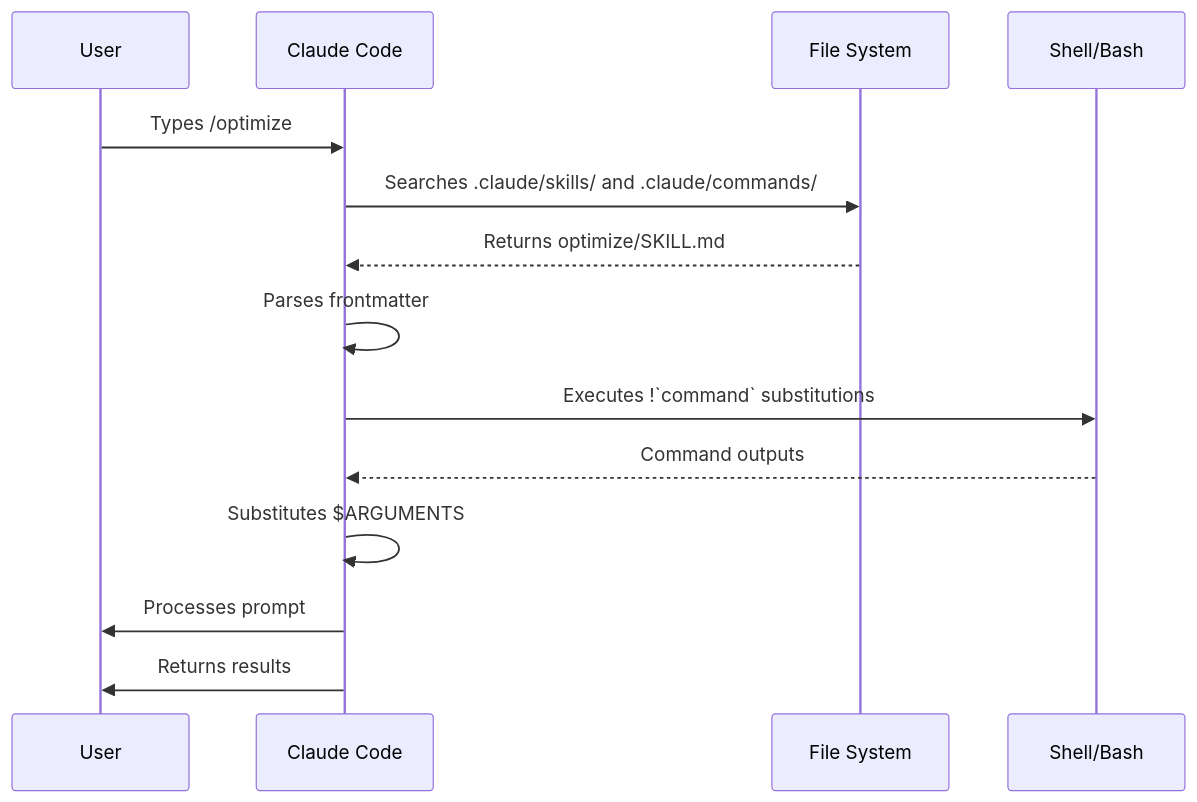
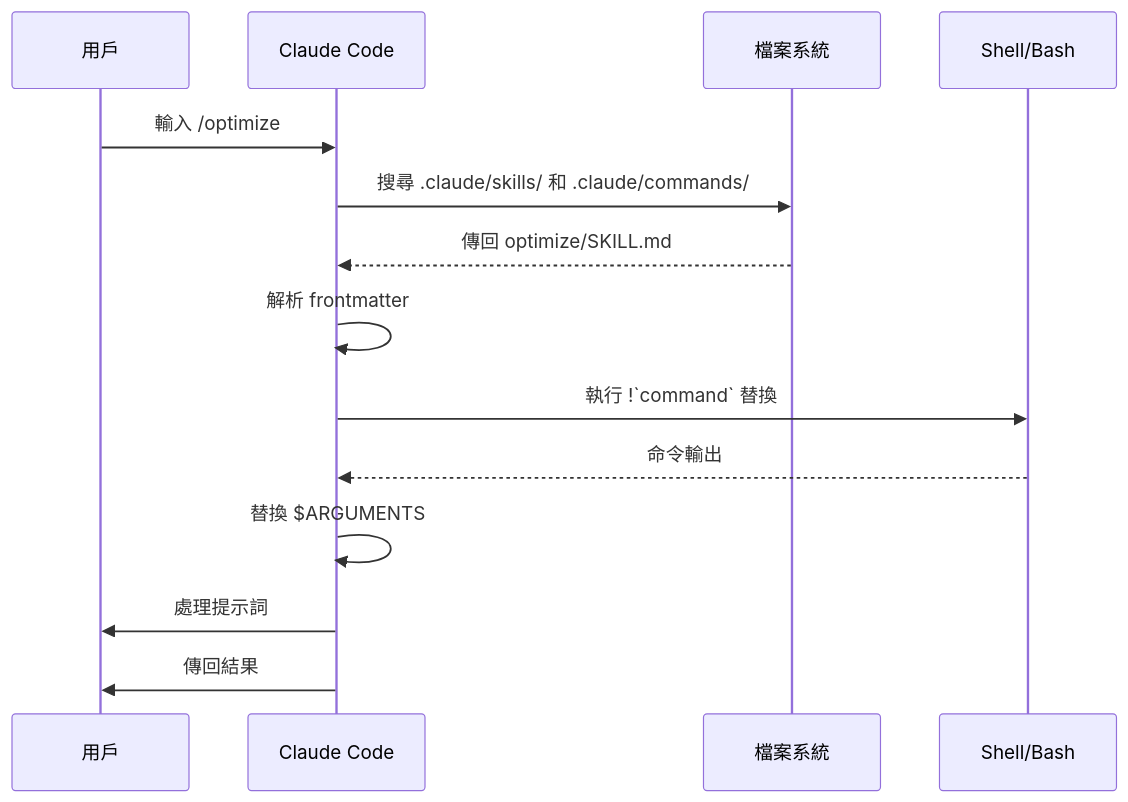
One commit to huckly/claude-howto-zh-tw changed the second of 2 diagrams in 01-slash-commands/README.md. Above: the diagram before and after it, drawn with Mermaid. The commit also changed other lines of this file and 8 other files, not shown here.

````diff
--- a/01-slash-commands/README.md
+++ b/01-slash-commands/README.md
@@ -318,17 +346,17 @@
 ```mermaid
 sequenceDiagram
-    participant User
+    participant 用戶
     participant Claude as Claude Code
-    participant FS as File System
+    participant FS as 檔案系統
     participant CLI as Shell/Bash
 
-    User->>Claude: Types /optimize
-    Claude->>FS: Searches .claude/skills/ and .claude/commands/
-    FS-->>Claude: Returns optimize/SKILL.md
-    Claude->>Claude: Parses frontmatter
-    Claude->>CLI: Executes !`command` substitutions
-    CLI-->>Claude: Command outputs
-    Claude->>Claude: Substitutes $ARGUMENTS
-    Claude->>User: Processes prompt
-    Claude->>User: Returns results
+    用戶->>Claude: 輸入 /optimize
+    Claude->>FS: 搜尋 .claude/skills/ 和 .claude/commands/
+    FS-->>Claude: 傳回 optimize/SKILL.md
+    Claude->>Claude: 解析 frontmatter
+    Claude->>CLI: 執行 !`command` 替換
+    CLI-->>Claude: 命令輸出
+    Claude->>Claude: 替換 $ARGUMENTS
+    Claude->>用戶: 處理提示詞
+    Claude->>用戶: 傳回結果
 ```
````
